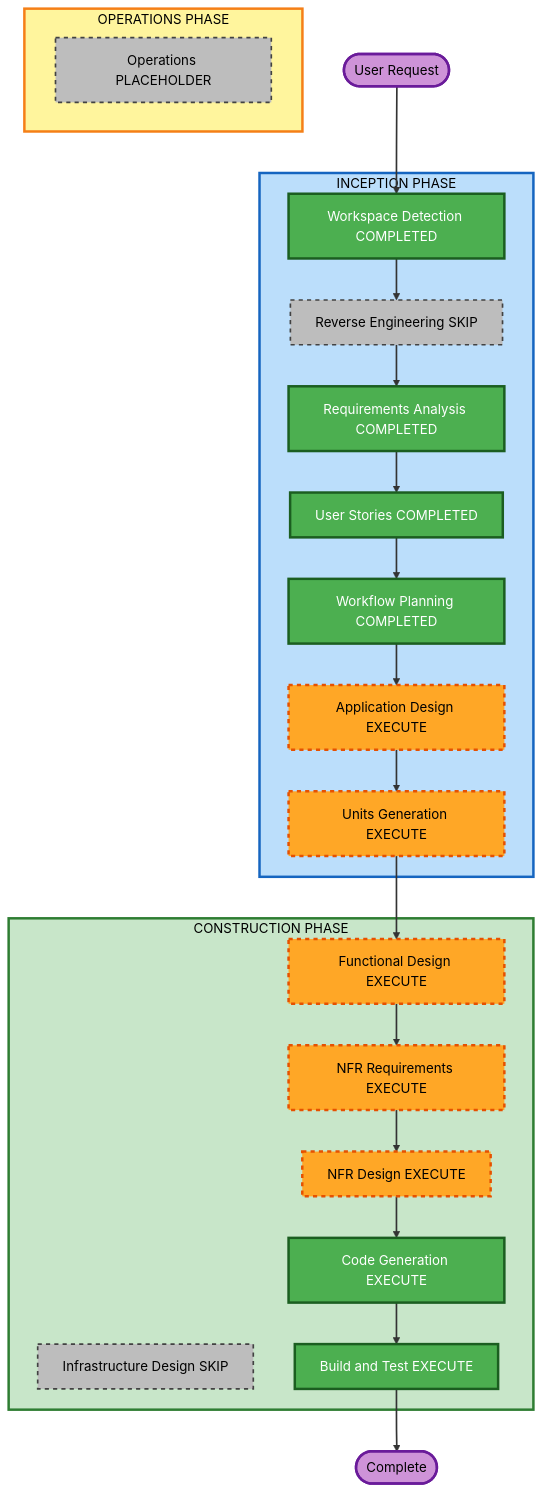
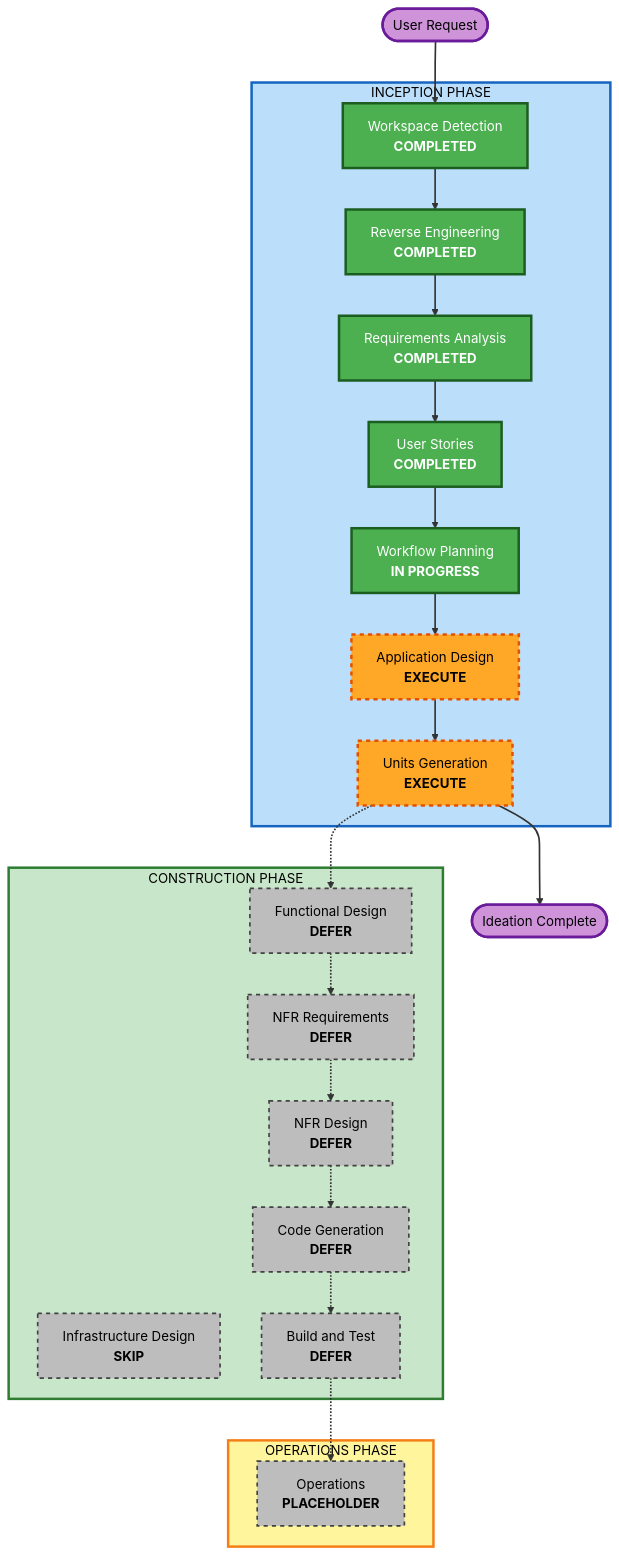
Before and after one commit to mori790/Zundamon_vido_Generator: the diagram in aidlc-docs/inception/plans/execution-plan.md, drawn with Mermaid. The commit also changed other lines of this file and 27 other files, not shown here.

````diff
--- a/aidlc-docs/inception/plans/execution-plan.md
+++ b/aidlc-docs/inception/plans/execution-plan.md
@@ -35,62 +43,63 @@
 ```mermaid
 flowchart TD
-    Start([User Request])
+    Start(["User Request"])
 
-    subgraph INCEPTION[INCEPTION PHASE]
-        WD[Workspace Detection COMPLETED]
-        RE[Reverse Engineering SKIP]
-        RA[Requirements Analysis COMPLETED]
-        US[User Stories COMPLETED]
-        WP[Workflow Planning COMPLETED]
-        AD[Application Design EXECUTE]
-        UG[Units Generation EXECUTE]
+    subgraph Inception["INCEPTION PHASE"]
+        WD["Workspace Detection<br/><b>COMPLETED</b>"]
+        RE["Reverse Engineering<br/><b>COMPLETED</b>"]
+        RA["Requirements Analysis<br/><b>COMPLETED</b>"]
+        US["User Stories<br/><b>COMPLETED</b>"]
+        WP["Workflow Planning<br/><b>IN PROGRESS</b>"]
+        AD["Application Design<br/><b>EXECUTE</b>"]
+        UG["Units Generation<br/><b>EXECUTE</b>"]
     end
 
-    subgraph CONSTRUCTION[CONSTRUCTION PHASE]
-        FD[Functional Design EXECUTE]
-        NFRA[NFR Requirements EXECUTE]
-        NFRD[NFR Design EXECUTE]
-        ID[Infrastructure Design SKIP]
-        CG[Code Generation EXECUTE]
-        BT[Build and Test EXECUTE]
+    subgraph Construction["CONSTRUCTION PHASE"]
+        FD["Functional Design<br/><b>DEFER</b>"]
+        NFRA["NFR Requirements<br/><b>DEFER</b>"]
+        NFRD["NFR Design<br/><b>DEFER</b>"]
+        ID["Infrastructure Design<br/><b>SKIP</b>"]
+        CG["Code Generation<br/><b>DEFER</b>"]
+        BT["Build and Test<br/><b>DEFER</b>"]
     end
 
-    subgraph OPERATIONS[OPERATIONS PHASE]
-        OPS[Operations PLACEHOLDER]
+    subgraph Operations["OPERATIONS PHASE"]
+        OPS["Operations<br/><b>PLACEHOLDER</b>"]
     end
 
     Start --> WD
     WD --> RE
     RE --> RA
     RA --> US
     US --> WP
     WP --> AD
     AD --> UG
-    UG --> FD
-    FD --> NFRA
-    NFRA --> NFRD
-    NFRD --> CG
-    CG --> BT
-    BT --> End([Complete])
+    UG -.-> FD
+    FD -.-> NFRA
+    NFRA -.-> NFRD
+    NFRD -.-> CG
+    CG -.-> BT
+    BT -.-> OPS
+    UG --> End(["Ideation Complete"])
 
     style WD fill:#4CAF50,stroke:#1B5E20,stroke-width:3px,color:#fff
+    style RE fill:#4CAF50,stroke:#1B5E20,stroke-width:3px,color:#fff
     style RA fill:#4CAF50,stroke:#1B5E20,stroke-width:3px,color:#fff
     style US fill:#4CAF50,stroke:#1B5E20,stroke-width:3px,color:#fff
     style WP fill:#4CAF50,stroke:#1B5E20,stroke-width:3px,color:#fff
-    style RE fill:#BDBDBD,stroke:#424242,stroke-width:2px,stroke-dasharray: 5 5,color:#000
     style AD fill:#FFA726,stroke:#E65100,stroke-width:3px,stroke-dasharray: 5 5,color:#000
     style UG fill:#FFA726,stroke:#E65100,stroke-width:3px,stroke-dasharray: 5 5,color:#000
-    style FD fill:#FFA726,stroke:#E65100,stroke-width:3px,stroke-dasharray: 5 5,color:#000
-    style NFRA fill:#FFA726,stroke:#E65100,stroke-width:3px,stroke-dasharray: 5 5,color:#000
-    style NFRD fill:#FFA726,stroke:#E65100,stroke-width:3px,stroke-dasharray: 5 5,color:#000
+    style FD fill:#BDBDBD,stroke:#424242,stroke-width:2px,stroke-dasharray: 5 5,color:#000
+    style NFRA fill:#BDBDBD,stroke:#424242,stroke-width:2px,stroke-dasharray: 5 5,color:#000
+    style NFRD fill:#BDBDBD,stroke:#424242,stroke-width:2px,stroke-dasharray: 5 5,color:#000
     style ID fill:#BDBDBD,stroke:#424242,stroke-width:2px,stroke-dasharray: 5 5,color:#000
-    style CG fill:#4CAF50,stroke:#1B5E20,stroke-width:3px,color:#fff
-    style BT fill:#4CAF50,stroke:#1B5E20,stroke-width:3px,color:#fff
+    style CG fill:#BDBDBD,stroke:#424242,stroke-width:2px,stroke-dasharray: 5 5,color:#000
+    style BT fill:#BDBDBD,stroke:#424242,stroke-width:2px,stroke-dasharray: 5 5,color:#000
     style OPS fill:#BDBDBD,stroke:#424242,stroke-width:2px,stroke-dasharray: 5 5,color:#000
     style Start fill:#CE93D8,stroke:#6A1B9A,stroke-width:3px,color:#000
     style End fill:#CE93D8,stroke:#6A1B9A,stroke-width:3px,color:#000
-    style INCEPTION fill:#BBDEFB,stroke:#1565C0,stroke-width:3px,color:#000
-    style CONSTRUCTION fill:#C8E6C9,stroke:#2E7D32,stroke-width:3px,color:#000
-    style OPERATIONS fill:#FFF59D,stroke:#F57F17,stroke-width:3px,color:#000
+    style Inception fill:#BBDEFB,stroke:#1565C0,stroke-width:3px,color:#000
+    style Construction fill:#C8E6C9,stroke:#2E7D32,stroke-width:3px,color:#000
+    style Operations fill:#FFF59D,stroke:#F57F17,stroke-width:3px,color:#000
     linkStyle default stroke:#333,stroke-width:2px
 ```
````
